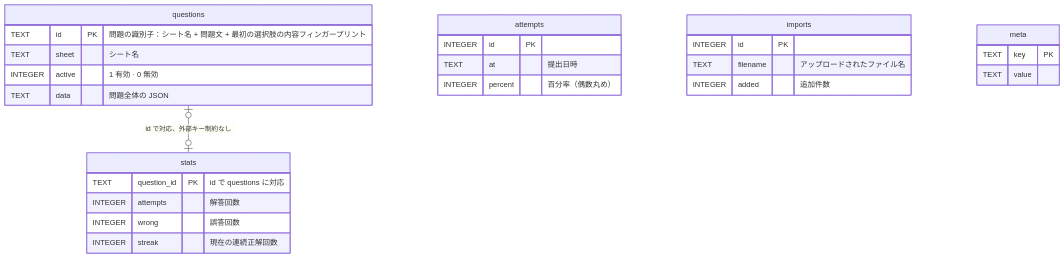
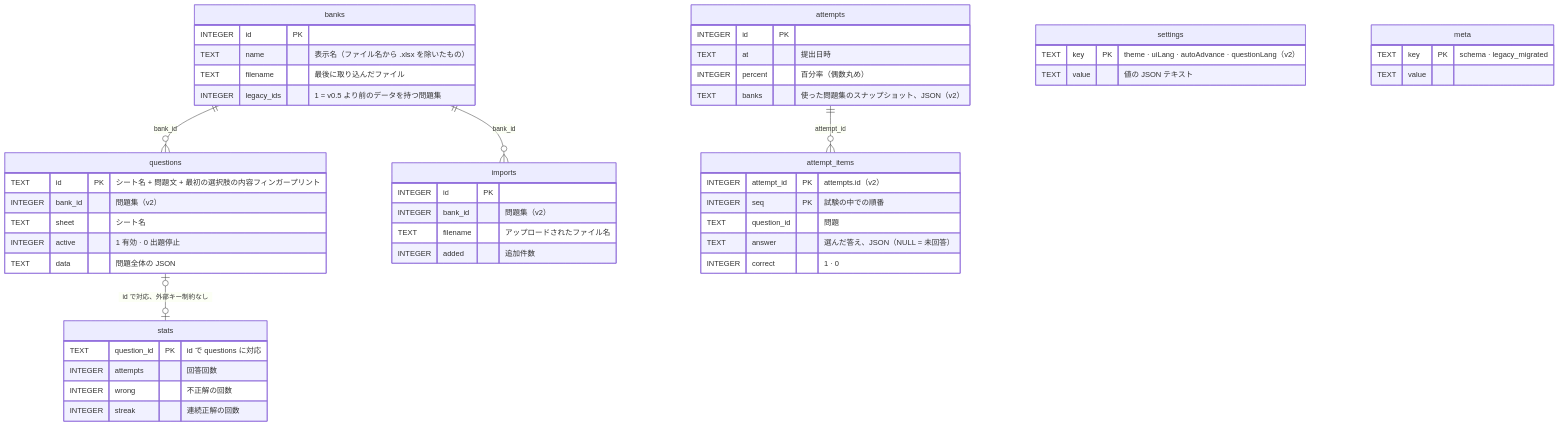
Before and after one commit to Yumin-Space/xexam: the fifth of 7 diagrams in README.ja.md, drawn with Mermaid. The commit also changed other lines of this file and 205 other files, not shown here.

````diff
--- a/README.ja.md
+++ b/README.ja.md
@@ -186,30 +696,53 @@
 ```mermaid
 erDiagram
+    banks {
+        INTEGER id PK
+        TEXT name "表示名（ファイル名から .xlsx を除いたもの）"
+        TEXT filename "最後に取り込んだファイル"
+        INTEGER legacy_ids "1 = v0.5 より前のデータを持つ問題集"
+    }
     questions {
-        TEXT id PK "問題の識別子：シート名 + 問題文 + 最初の選択肢の内容フィンガープリント"
+        TEXT id PK "シート名 + 問題文 + 最初の選択肢の内容フィンガープリント"
+        INTEGER bank_id "問題集（v2）"
         TEXT sheet "シート名"
-        INTEGER active "1 有効 · 0 無効"
+        INTEGER active "1 有効 · 0 出題停止"
         TEXT data "問題全体の JSON"
     }
     stats {
         TEXT question_id PK "id で questions に対応"
-        INTEGER attempts "解答回数"
-        INTEGER wrong "誤答回数"
-        INTEGER streak "現在の連続正解回数"
+        INTEGER attempts "回答回数"
+        INTEGER wrong "不正解の回数"
+        INTEGER streak "連続正解の回数"
     }
     attempts {
         INTEGER id PK
         TEXT at "提出日時"
         INTEGER percent "百分率（偶数丸め）"
+        TEXT banks "使った問題集のスナップショット、JSON（v2）"
+    }
+    attempt_items {
+        INTEGER attempt_id PK "attempts.id（v2）"
+        INTEGER seq PK "試験の中での順番"
+        TEXT question_id "問題"
+        TEXT answer "選んだ答え、JSON（NULL = 未回答）"
+        INTEGER correct "1 · 0"
     }
     imports {
         INTEGER id PK
+        INTEGER bank_id "問題集（v2）"
         TEXT filename "アップロードされたファイル名"
         INTEGER added "追加件数"
     }
+    settings {
+        TEXT key PK "theme · uiLang · autoAdvance · questionLang（v2）"
+        TEXT value "値の JSON テキスト"
+    }
     meta {
-        TEXT key PK
+        TEXT key PK "schema · legacy_migrated"
         TEXT value
     }
+    banks ||--o{ questions : "bank_id"
+    banks ||--o{ imports : "bank_id"
+    attempts ||--o{ attempt_items : "attempt_id"
     questions |o--o| stats : "id で対応、外部キー制約なし"
 ```
````
